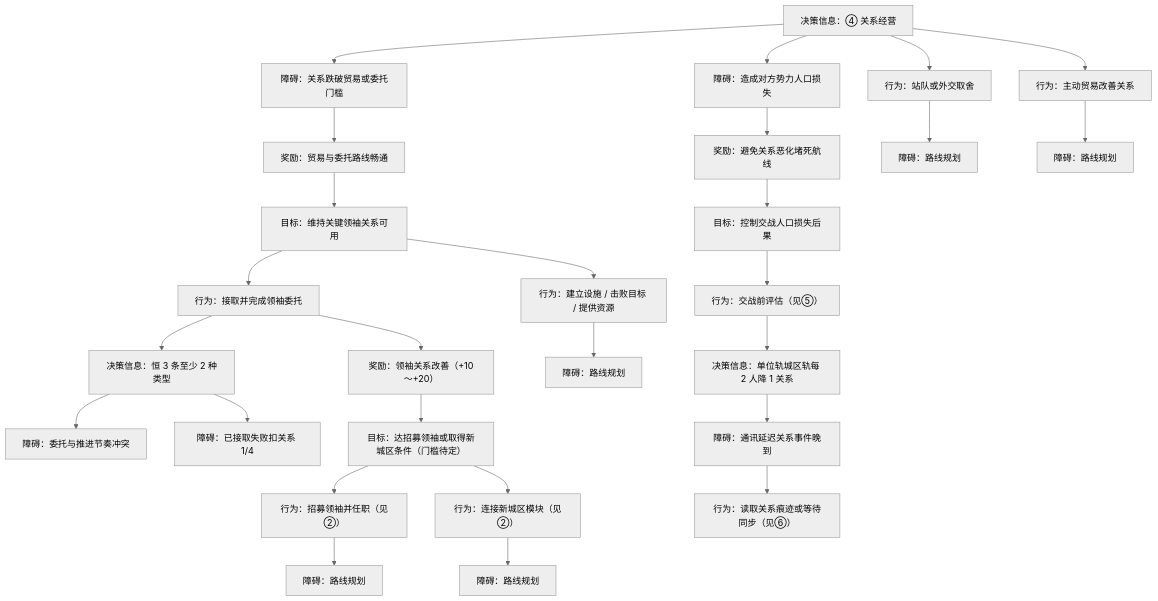
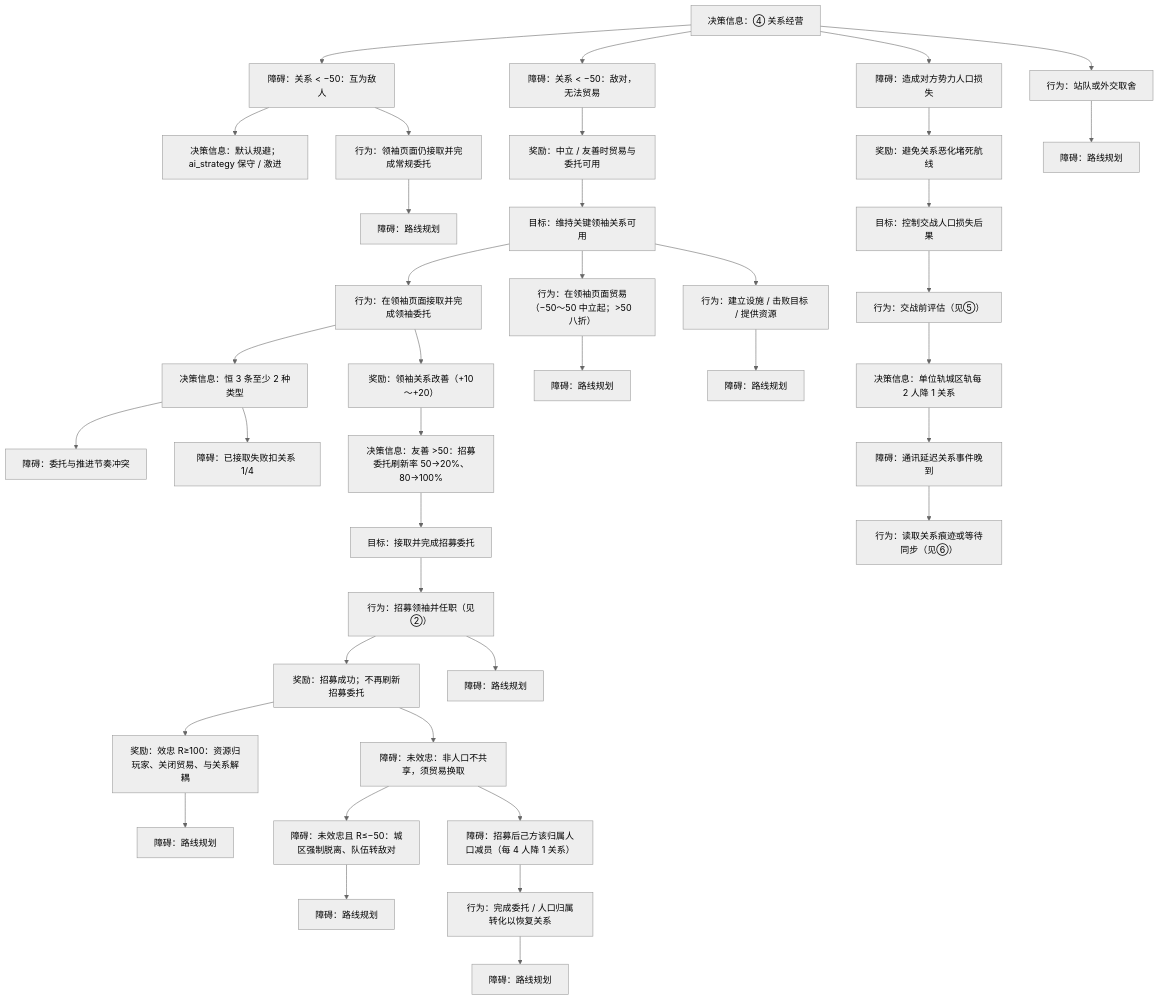
Before and after one commit to Estrella6066773/DriveToLight: the sixth of 8 diagrams in Docs/01-草稿/交互链-循光之城.md, drawn with Mermaid (neutral theme). The commit also changed other lines of this file and 5 other files, not shown here.

````diff
--- a/Docs/01-草稿/交互链-循光之城.md
+++ b/Docs/01-草稿/交互链-循光之城.md
@@ -540,30 +554,42 @@
 ```mermaid
 flowchart TD
   D4["决策信息：④ 关系经营"]
-  D4 --> O4a["障碍：关系跌破贸易或委托门槛"]
-  O4a --> R4a["奖励：贸易与委托路线畅通"]
+  D4 --> O4a["障碍：关系 < −50：敌对，无法贸易"]
+  D4 --> O4h["障碍：关系 < −50：互为敌人"]
+  O4h --> D4h["决策信息：默认规避；ai_strategy 保守 / 激进"]
+  O4h --> A4h["行为：领袖页面仍接取并完成常规委托"]
+  A4h --> O_rp4h["障碍：路线规划"]
+  O4a --> R4a["奖励：中立 / 友善时贸易与委托可用"]
   R4a --> G4a["目标：维持关键领袖关系可用"]
-  G4a --> A4a["行为：接取并完成领袖委托"]
+  G4a --> A4a["行为：在领袖页面接取并完成领袖委托"]
+  G4a --> A4t["行为：在领袖页面贸易（−50～50 中立起；>50 八折）"]
   A4a --> D4a1["决策信息：恒 3 条至少 2 种类型"]
   D4a1 --> O4a1["障碍：委托与推进节奏冲突"]
   D4a1 --> O4a2["障碍：已接取失败扣关系 1/4"]
   A4a --> R4a2["奖励：领袖关系改善（+10～+20）"]
-  R4a2 --> G4a2["目标：达招募领袖或取得新城区条件（门槛待定）"]
+  A4t --> O_rp4t["障碍：路线规划"]
+  R4a2 --> D4a2["决策信息：友善 >50：招募委托刷新率 50→20%、80→100%"]
+  D4a2 --> G4a2["目标：接取并完成招募委托"]
   G4a2 --> A4a3["行为：招募领袖并任职（见②）"]
-  G4a2 --> A4a4["行为：连接新城区模块（见②）"]
+  A4a3 --> R4a3["奖励：招募成功；不再刷新招募委托"]
+  R4a3 --> R4a3b["奖励：效忠 R≥100：资源归玩家、关闭贸易、与关系解耦"]
+  R4a3b --> O_rp4a3b["障碍：路线规划"]
+  R4a3 --> O4a3["障碍：未效忠：非人口不共享，须贸易换取"]
+  O4a3 --> O4a3d["障碍：未效忠且 R≤−50：城区强制脱离、队伍转敌对"]
+  O4a3d --> O_rp4a3d["障碍：路线规划"]
+  O4a3 --> O4a3p["障碍：招募后己方该归属人口减员（每 4 人降 1 关系）"]
+  O4a3p --> A4a5["行为：完成委托 / 人口归属转化以恢复关系"]
   A4a3 --> O_rp4a3["障碍：路线规划"]
-  A4a4 --> O_rp4a4["障碍：路线规划"]
+  A4a5 --> O_rp4a5["障碍：路线规划"]
   G4a --> A4a2["行为：建立设施 / 击败目标 / 提供资源"]
   A4a2 --> O_rp4a["障碍：路线规划"]
   D4 --> O4b["障碍：造成对方势力人口损失"]
   O4b --> R4b["奖励：避免关系恶化堵死航线"]
   R4b --> G4b["目标：控制交战人口损失后果"]
   G4b --> A4b["行为：交战前评估（见⑤）"]
   A4b --> D4b["决策信息：单位轨城区轨每 2 人降 1 关系"]
   D4b --> O4b1["障碍：通讯延迟关系事件晚到"]
   O4b1 --> A4b1["行为：读取关系痕迹或等待同步（见⑥）"]
   D4 --> A4c["行为：站队或外交取舍"]
   A4c --> O_rp4c["障碍：路线规划"]
-  D4 --> A4d["行为：主动贸易改善关系"]
-  A4d --> O_rp4d["障碍：路线规划"]
 ```
````
